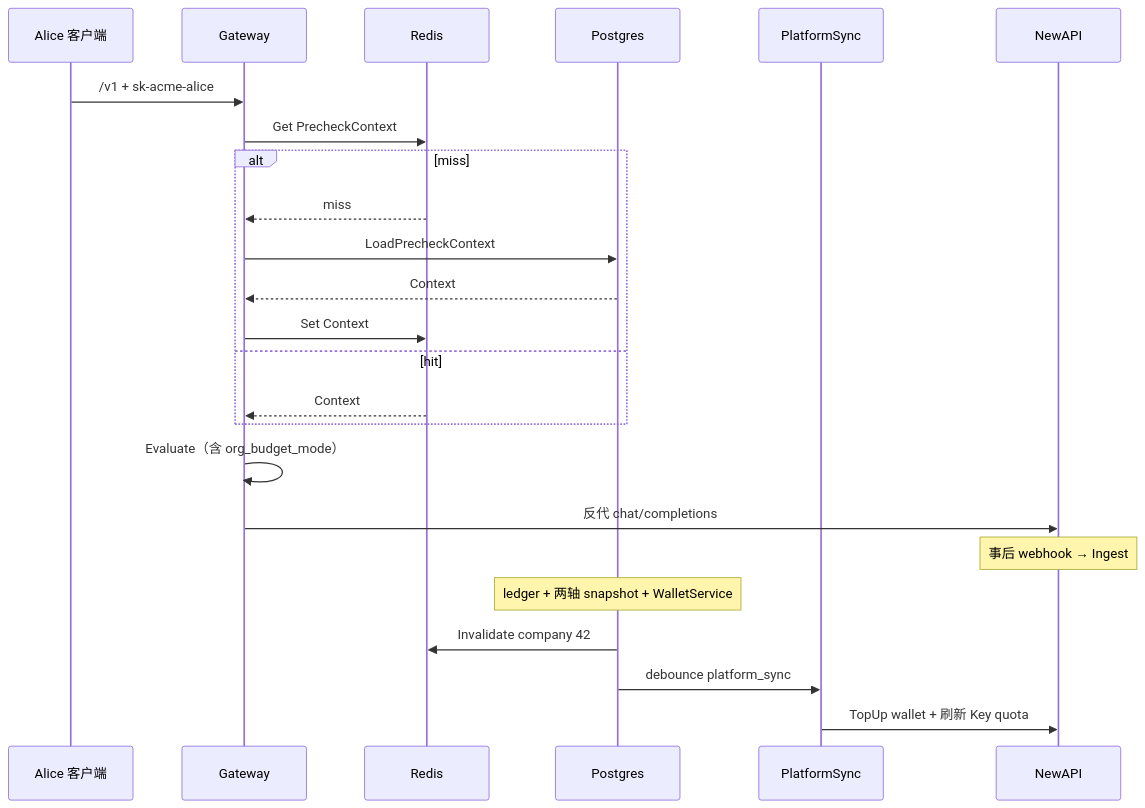
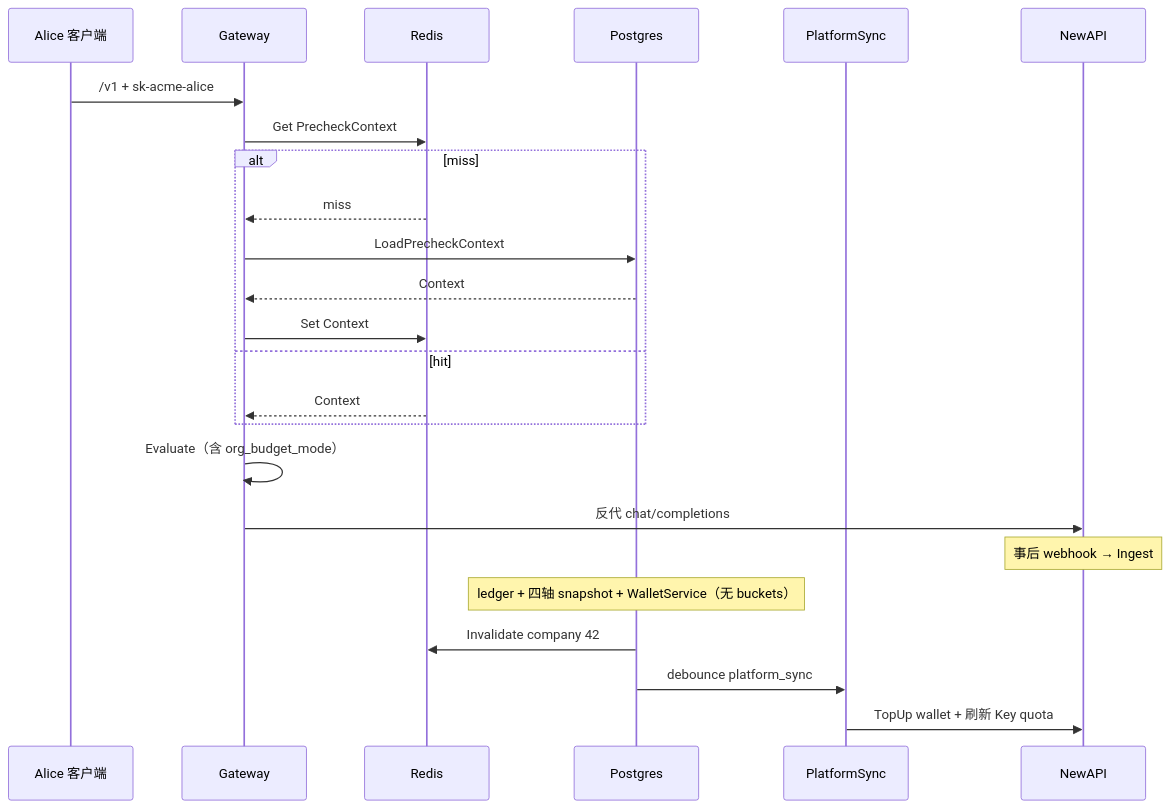
Before and after one commit to quyip8818/mytokenjoy: the eighth of 8 diagrams in docs/架构简化-分阶段详解.md, drawn with Mermaid. The commit also changed other lines of this file and 40 other files, not shown here.

````diff
--- a/docs/架构简化-分阶段详解.md
+++ b/docs/架构简化-分阶段详解.md
@@ -488,27 +398,27 @@
 ```mermaid
 sequenceDiagram
   participant C as Alice 客户端
   participant GW as Gateway
   participant RC as Redis
   participant PG as Postgres
   participant PS as PlatformSync
   participant NA as NewAPI
 
   C->>GW: /v1 + sk-acme-alice
   GW->>RC: Get PrecheckContext
   alt miss
     RC-->>GW: miss
     GW->>PG: LoadPrecheckContext
     PG-->>GW: Context
     GW->>RC: Set Context
   else hit
     RC-->>GW: Context
   end
   GW->>GW: Evaluate（含 org_budget_mode）
   GW->>NA: 反代 chat/completions
   Note over NA: 事后 webhook → Ingest
-  Note over PG: ledger + 两轴 snapshot + WalletService
+  Note over PG: ledger + 四轴 snapshot + WalletService（无 buckets）
   PG->>RC: Invalidate company 42
   PG->>PS: debounce platform_sync
   PS->>NA: TopUp wallet + 刷新 Key quota
 ```
````
